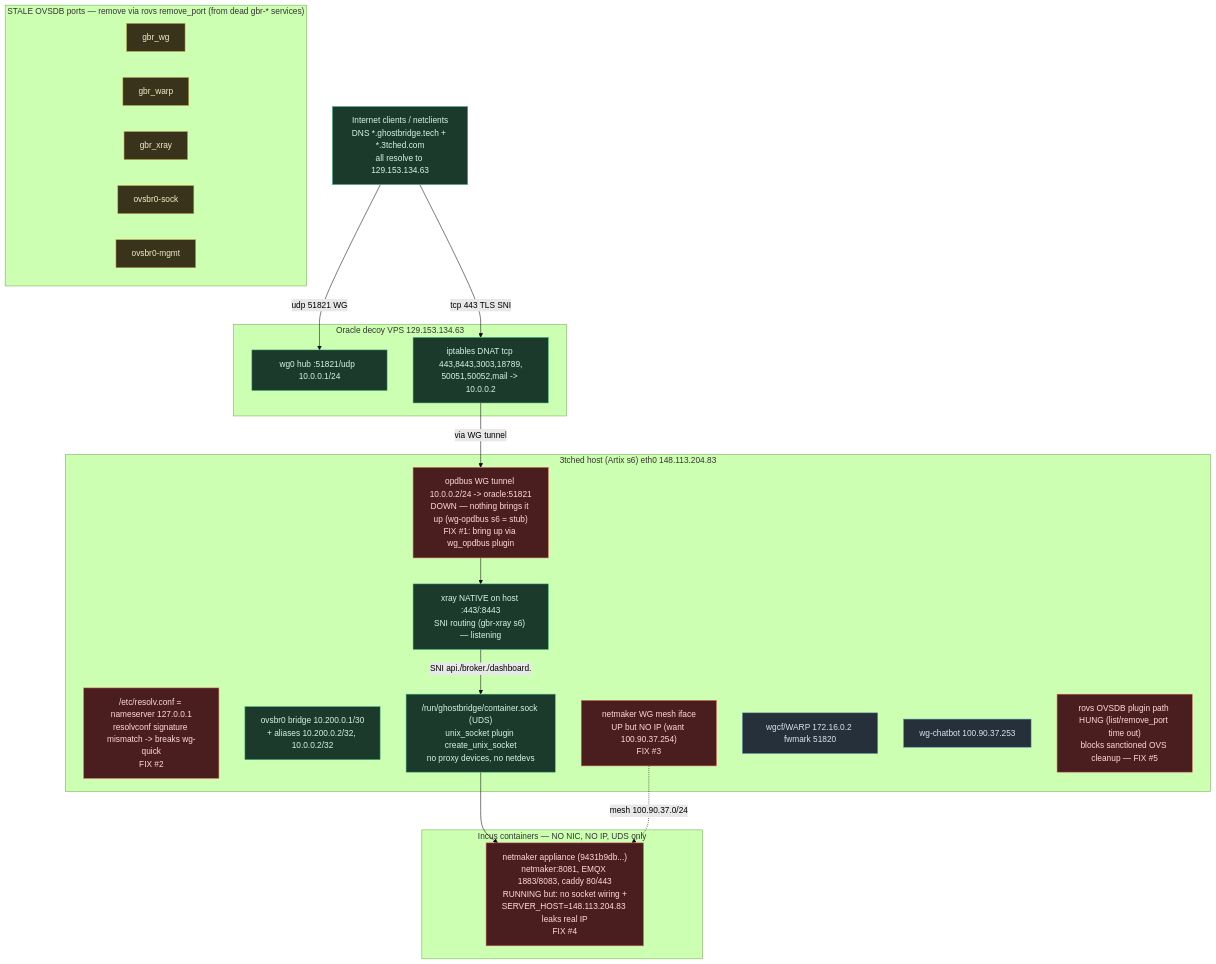
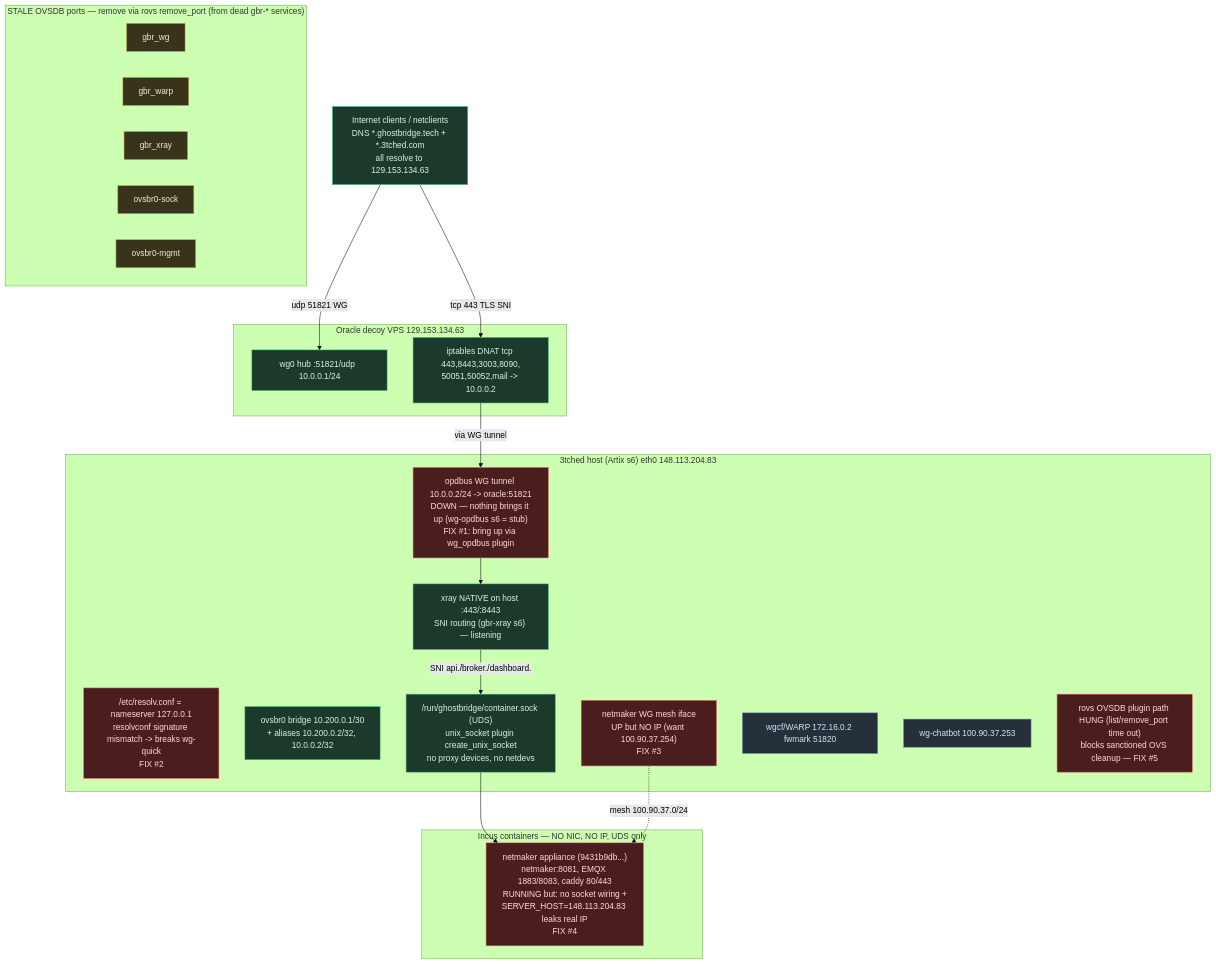
The diagram in docs/topology-designed-2026-07-10.mmd (repr0bated/operation-dbus-proto), drawn with Mermaid (forest theme) before and after one commit. The commit also changed 96 other files, not shown here.

First line of the commit message:
Move OpenFlow + OVSDB control plane fully onto D-Bus; add ghostbridge-mux and op-schema-codegen

```diff
--- a/docs/topology-designed-2026-07-10.mmd
+++ b/docs/topology-designed-2026-07-10.mmd
@@ -1,48 +1,48 @@
 %% 3tched host network — reconciled 2026-07-10 from NotebookLM + live inspection.
 %% EDIT wherever wrong, then hand back.
 %% Rule: OVS driven ONLY via rovs plugins over D-Bus (OVSDB JSON-RPC). No OVS CLI.
 %% Status: OK = works now | BROKEN = must fix | STALE = rogue leftover, remove | OPT = optional
 flowchart TB
     clients["Internet clients / netclients<br/>DNS *.ghostbridge.tech + *.3tched.com<br/>all resolve to 129.153.134.63"]:::ok
 
     subgraph oracle["Oracle decoy VPS 129.153.134.63"]
         wg0["wg0 hub :51821/udp  10.0.0.1/24"]:::ok
-        dnat["iptables DNAT tcp 443,8443,3003,18789,<br/>50051,50052,mail -> 10.0.0.2"]:::ok
+        dnat["iptables DNAT tcp 443,8443,3003,8090,<br/>50051,50052,mail -> 10.0.0.2"]:::ok
     end
 
     subgraph host["3tched host (Artix s6)  eth0 148.113.204.83"]
         opdbus["opdbus WG tunnel 10.0.0.2/24 -> oracle:51821<br/>DOWN — nothing brings it up (wg-opdbus s6 = stub)<br/>FIX #1: bring up via wg_opdbus plugin"]:::broken
         resolv["/etc/resolv.conf = nameserver 127.0.0.1<br/>resolvconf signature mismatch -> breaks wg-quick<br/>FIX #2"]:::broken
         ovsbr0["ovsbr0 bridge 10.200.0.1/30<br/>+ aliases 10.200.0.2/32, 10.0.0.2/32"]:::ok
         xray["xray NATIVE on host :443/:8443<br/>SNI routing (gbr-xray s6) — listening"]:::ok
         uds["/run/ghostbridge/container.sock (UDS)<br/>unix_socket plugin create_unix_socket<br/>no proxy devices, no netdevs"]:::ok
         nmif["netmaker WG mesh iface<br/>UP but NO IP (want 100.90.37.254)<br/>FIX #3"]:::broken
         wgcf["wgcf/WARP 172.16.0.2 fwmark 51820"]:::opt
         chatbot["wg-chatbot 100.90.37.253"]:::opt
         rovs["rovs OVSDB plugin path HUNG (list/remove_port time out)<br/>blocks sanctioned OVS cleanup — FIX #5"]:::broken
     end
 
     subgraph containers["Incus containers — NO NIC, NO IP, UDS only"]
         nmappl["netmaker appliance (9431b9db...)<br/>netmaker:8081, EMQX 1883/8083, caddy 80/443<br/>RUNNING but: no socket wiring +<br/>SERVER_HOST=148.113.204.83 leaks real IP<br/>FIX #4"]:::broken
     end
 
     subgraph stale["STALE OVSDB ports — remove via rovs remove_port (from dead gbr-* services)"]
         p1["gbr_wg"]:::stale
         p2["gbr_warp"]:::stale
         p3["gbr_xray"]:::stale
         p4["ovsbr0-sock"]:::stale
         p5["ovsbr0-mgmt"]:::stale
     end
 
     clients -->|udp 51821 WG| wg0
     clients -->|tcp 443 TLS SNI| dnat
     dnat -->|via WG tunnel| opdbus
     opdbus --> xray
     xray -->|SNI api./broker./dashboard.| uds
     uds --> nmappl
     nmif -.->|mesh 100.90.37.0/24| nmappl
 
     classDef ok fill:#1b3a2b,stroke:#3fb37f,color:#d7f5e6;
     classDef broken fill:#4a1e1e,stroke:#e06666,color:#ffd9d9;
     classDef stale fill:#3a331b,stroke:#c9a94a,color:#f5ecc9;
     classDef opt fill:#26303a,stroke:#5a86a8,color:#d6e6f2;
```
